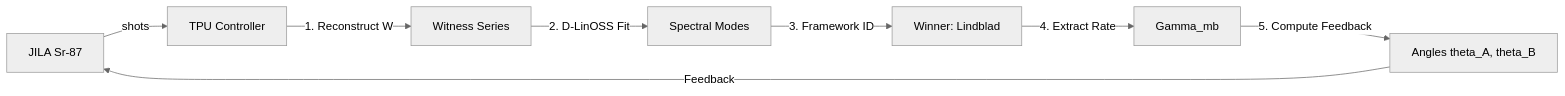
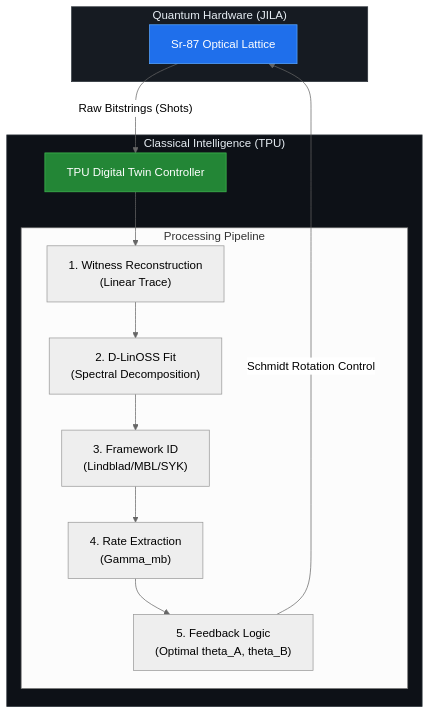
The diagram in emergent_quantum_geometries/docs/PAPER_DRAFT_v1.md (IllI/resonance), drawn with Mermaid (neutral theme) before and after one commit. The commit also changed other lines of this file and 1 other file, not shown here.

Commit message:
docs: polish LaTeX, fix broken figures, and improve Mermaid diagrams
- Replaced absolute paths with relative paths for all figures to fix broken links.
- Updated Hybrid Loop diagram to a structured Top-Down Mermaid graph with styling.
- Standardized LaTeX math blocks ($...$ and ...) across all docs.
- Cleaned up encoding artifacts in FINDINGS.md and CODE_GUIDE.md.
- Figure 1, 2, and 3 now use relative paths correct for the docs/ directory.

````diff
--- a/emergent_quantum_geometries/docs/PAPER_DRAFT_v1.md
+++ b/emergent_quantum_geometries/docs/PAPER_DRAFT_v1.md
@@ -106,10 +106,32 @@
 ```mermaid
-graph LR
-    A[JILA Sr-87] -- "shots" --> B[TPU Controller]
-    B -- "1. Reconstruct W" --> C[Witness Series]
-    C -- "2. D-LinOSS Fit" --> D[Spectral Modes]
-    D -- "3. Framework ID" --> E[Winner: Lindblad]
-    E -- "4. Extract Rate" --> F[Gamma_mb]
-    F -- "5. Compute Feedback" --> G[Angles theta_A, theta_B]
-    G -- "Feedback" --> A
+graph TD
+    subgraph Quantum_Hardware ["Quantum Hardware (JILA)"]
+        JILA["Sr-87 Optical Lattice"]
+    end
+
+    subgraph Classical_Intelligence ["Classical Intelligence (TPU)"]
+        TPU["TPU Digital Twin Controller"]
+        
+        subgraph Pipeline ["Processing Pipeline"]
+            W["1. Witness Reconstruction<br/>(Linear Trace)"]
+            Fit["2. D-LinOSS Fit<br/>(Spectral Decomposition)"]
+            ID["3. Framework ID<br/>(Lindblad/MBL/SYK)"]
+            Rate["4. Rate Extraction<br/>(Gamma_mb)"]
+            Angles["5. Feedback Logic<br/>(Optimal theta_A, theta_B)"]
+        end
+    end
+
+    JILA -- "Raw Bitstrings (Shots)" --> TPU
+    TPU --> W
+    W --> Fit
+    Fit --> ID
+    ID --> Rate
+    Rate --> Angles
+    Angles -- "Schmidt Rotation Control" --> JILA
+
+    %% Styling
+    style Quantum_Hardware fill:#161b22,stroke:#30363d,color:#e6edf3
+    style Classical_Intelligence fill:#0d1117,stroke:#30363d,color:#e6edf3
+    style JILA fill:#1f6feb,stroke:#58a6ff,color:#ffffff
+    style TPU fill:#238636,stroke:#3fb950,color:#ffffff
 ```
````
